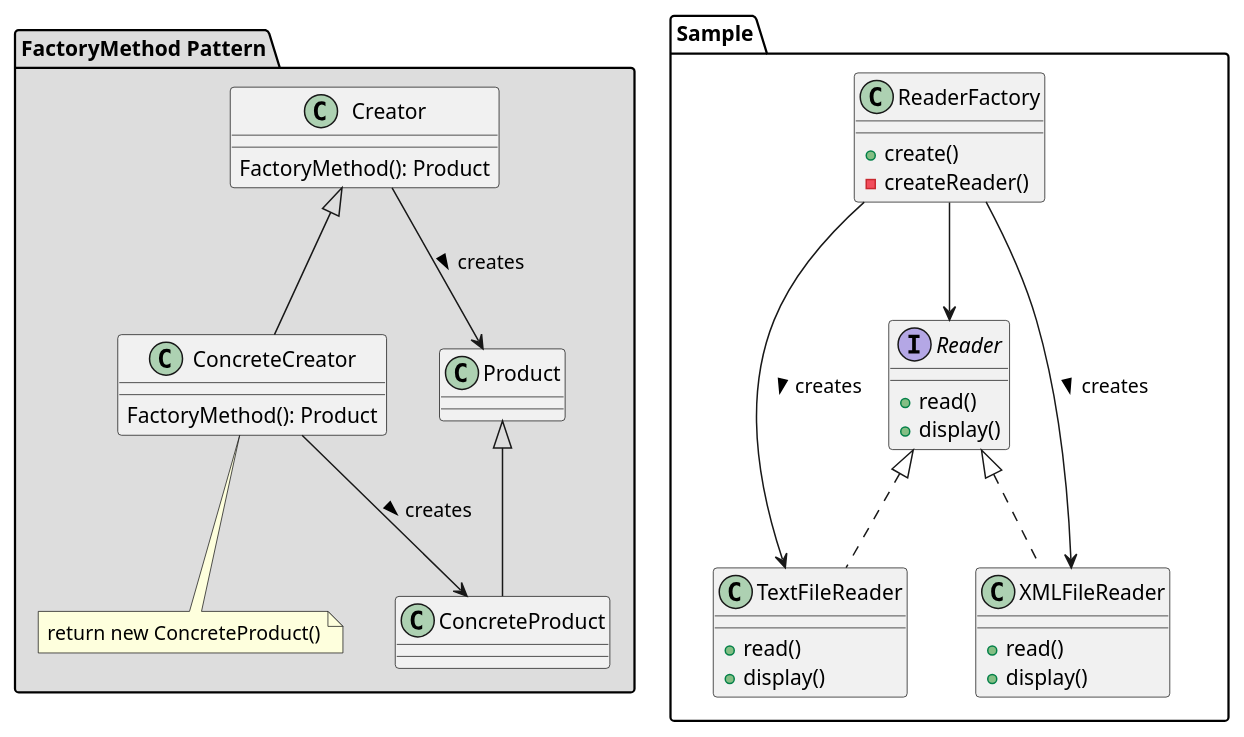
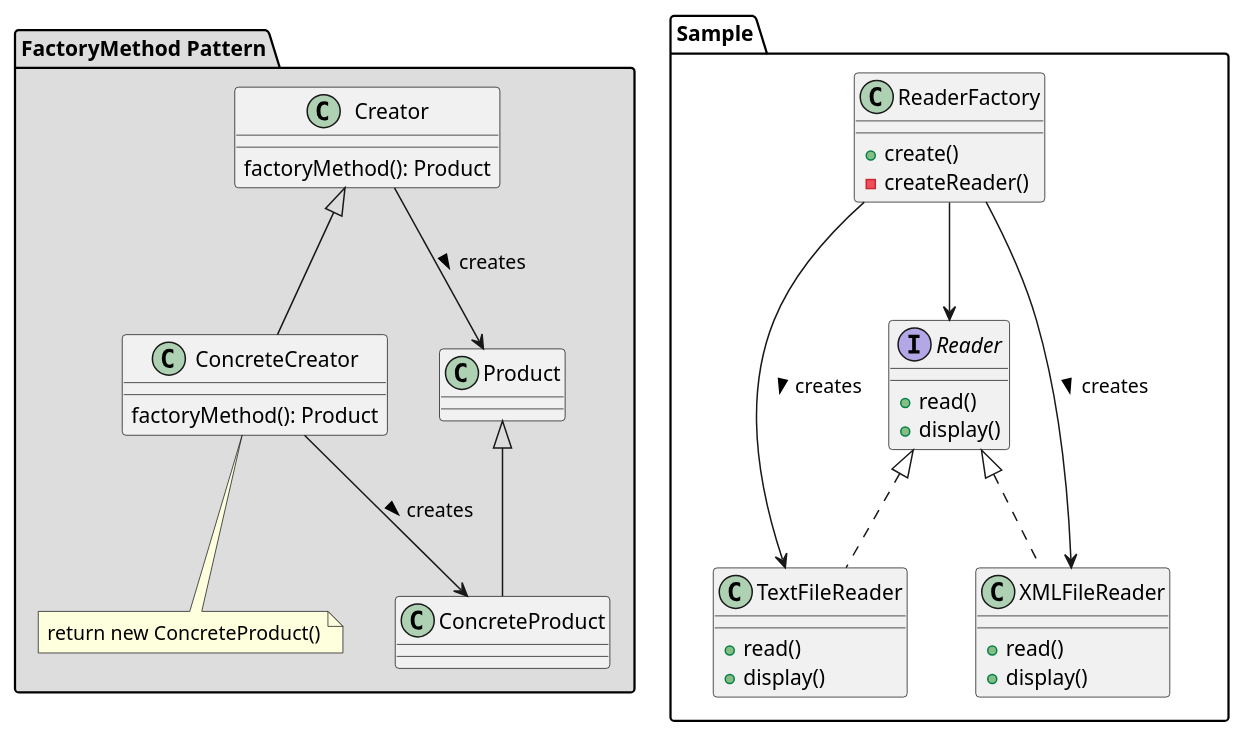
The diagram in FactoryMethod/FactoryMethod-class-dia.puml (kenjis/PhpDesignPattern), drawn with PlantUML before and after one commit. The commit also changed 3 other files, not shown here.

```diff
--- a/FactoryMethod/FactoryMethod-class-dia.puml
+++ b/FactoryMethod/FactoryMethod-class-dia.puml
@@ -1,52 +1,53 @@
 @startuml
+
 package "FactoryMethod Pattern" #DDDDDD {
   class Creator {
-    FactoryMethod(): Product
+    factoryMethod(): Product
   }
 
   class ConcreteCreator {
-    FactoryMethod(): Product
+    factoryMethod(): Product
   }
   note bottom: return new ConcreteProduct()
 
   Creator <|-- ConcreteCreator
 
   class Product
   class ConcreteProduct
 
   Product <|-- ConcreteProduct
 
   Creator --> Product : creates >
   ConcreteCreator --> ConcreteProduct : creates >
 }
 
 package "Sample" {
   class ReaderFactory {
     +create()
     -createReader()
   }
 
   interface Reader {
     +read()
     +display()
   }
 
   ReaderFactory --> Reader
 
   class TextFileReader {
     +read()
     +display()
   }
   class XMLFileReader {
     +read()
     +display()
   }
 
   Reader <|.. TextFileReader
   Reader <|.. XMLFileReader
 
   ReaderFactory --> TextFileReader : creates >
   ReaderFactory --> XMLFileReader : creates >
 }
 
 @enduml
```
